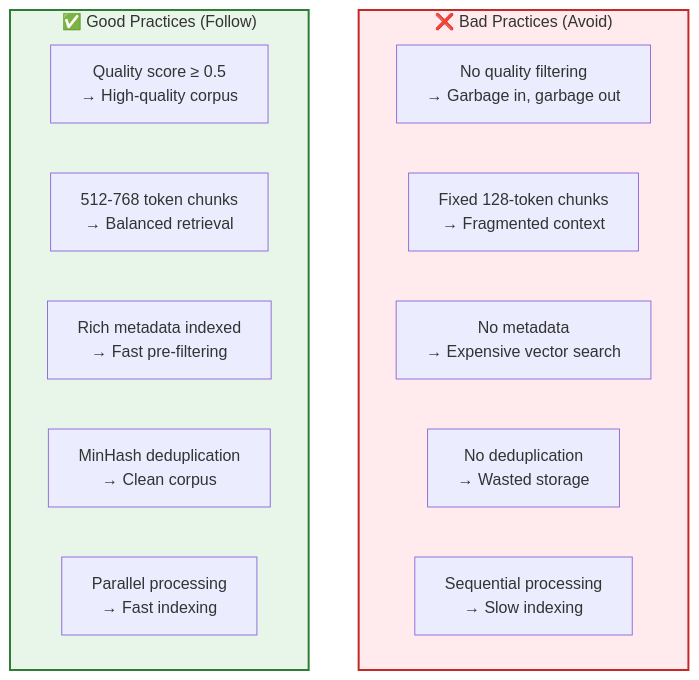
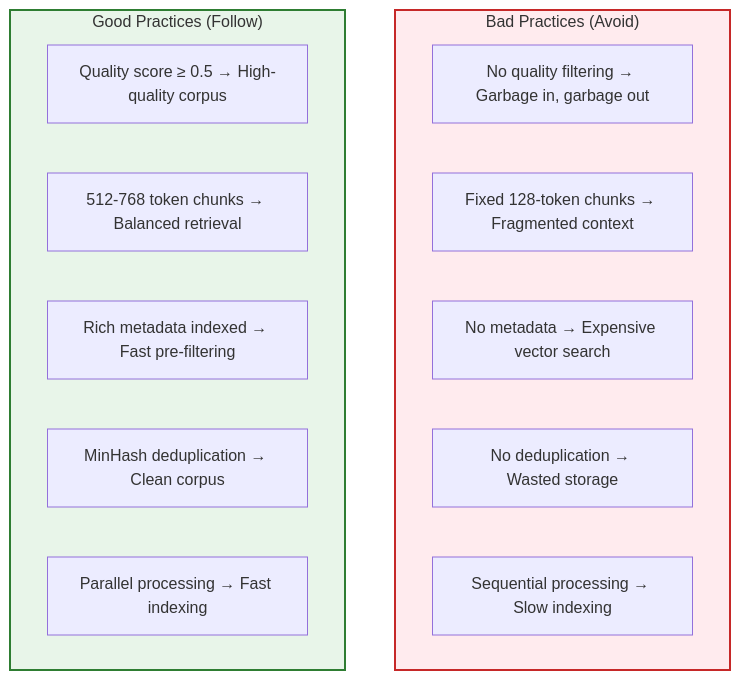
One commit to YiWang24/AiDIY changed the third of 3 diagrams in docs/ai/rag/02-data-processing.mdx. Above: the diagram before and after it, drawn with Mermaid. The commit also changed other lines of this file and 10 other files, not shown here.

First line of the commit message:
docs: enhance RAG documentation and fix Mermaid diagrams

````diff
--- a/docs/ai/rag/02-data-processing.mdx
+++ b/docs/ai/rag/02-data-processing.mdx
@@ -5206,21 +757,21 @@
 ```mermaid
 flowchart TB
-    subgraph Bad["❌ Bad Practices (Avoid)"]
-        B1["No quality filtering<br/>→ Garbage in, garbage out"]
-        B2["Fixed 128-token chunks<br/>→ Fragmented context"]
-        B3["No metadata<br/>→ Expensive vector search"]
-        B4["No deduplication<br/>→ Wasted storage"]
-        B5["Sequential processing<br/>→ Slow indexing"]
+    subgraph Bad["Bad Practices (Avoid)"]
+        B1["No quality filtering → Garbage in, garbage out"]
+        B2["Fixed 128-token chunks → Fragmented context"]
+        B3["No metadata → Expensive vector search"]
+        B4["No deduplication → Wasted storage"]
+        B5["Sequential processing → Slow indexing"]
     end
 
-    subgraph Good["✅ Good Practices (Follow)"]
-        G1["Quality score ≥ 0.5<br/>→ High-quality corpus"]
-        G2["512-768 token chunks<br/>→ Balanced retrieval"]
-        G3["Rich metadata indexed<br/>→ Fast pre-filtering"]
-        G4["MinHash deduplication<br/>→ Clean corpus"]
-        G5["Parallel processing<br/>→ Fast indexing"]
+    subgraph Good["Good Practices (Follow)"]
+        G1["Quality score ≥ 0.5 → High-quality corpus"]
+        G2["512-768 token chunks → Balanced retrieval"]
+        G3["Rich metadata indexed → Fast pre-filtering"]
+        G4["MinHash deduplication → Clean corpus"]
+        G5["Parallel processing → Fast indexing"]
     end
 
     style Bad fill:#ffebee,stroke:#c62828,stroke-width:2px
     style Good fill:#e8f5e9,stroke:#2e7d32,stroke-width:2px
 ```
````
